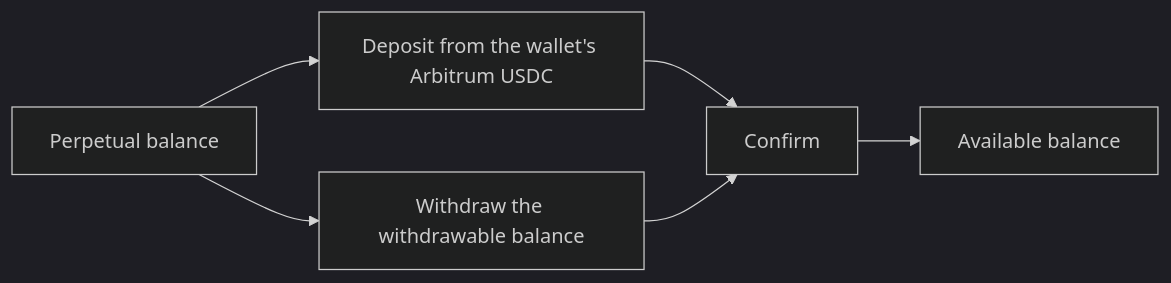
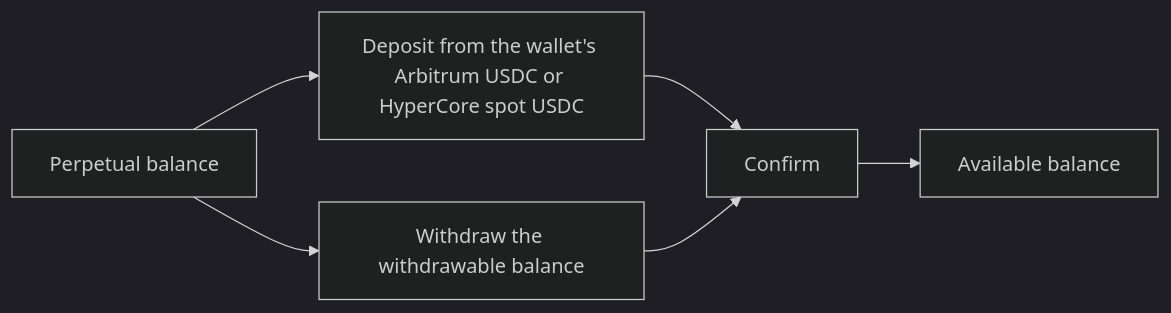
The second of 2 diagrams in docs/product/perpetuals.md (gemwalletcom/wallet), drawn with Mermaid (dark theme) before and after one commit. The commit also changed other lines of this file and 44 other files, not shown here.

First line of the commit message:
Deposit to Perpetuals from HyperCore spot USDC (#1431)

````diff
--- a/docs/product/perpetuals.md
+++ b/docs/product/perpetuals.md
@@ -20,5 +20,5 @@
 ```mermaid
 flowchart LR
-    A[Perpetual balance] --> B[Deposit from the wallet's Arbitrum USDC] --> C[Confirm] --> D[Available balance]
+    A[Perpetual balance] --> B[Deposit from the wallet's Arbitrum USDC or HyperCore spot USDC] --> C[Confirm] --> D[Available balance]
     A --> E[Withdraw the withdrawable balance] --> C
 ```
````
